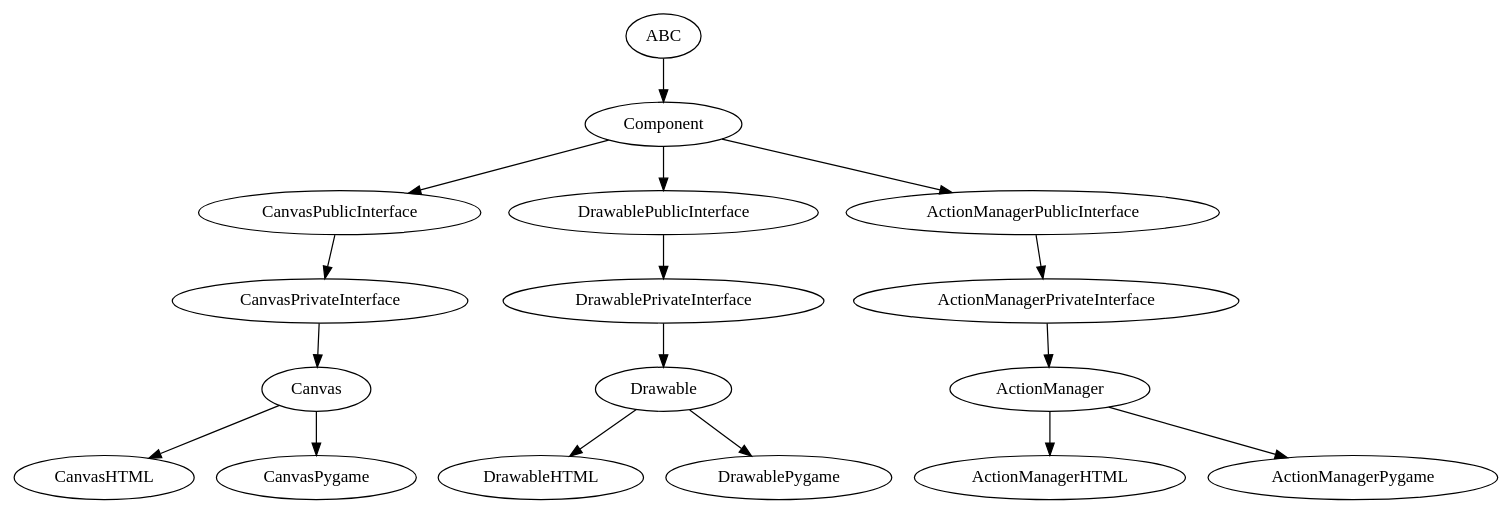
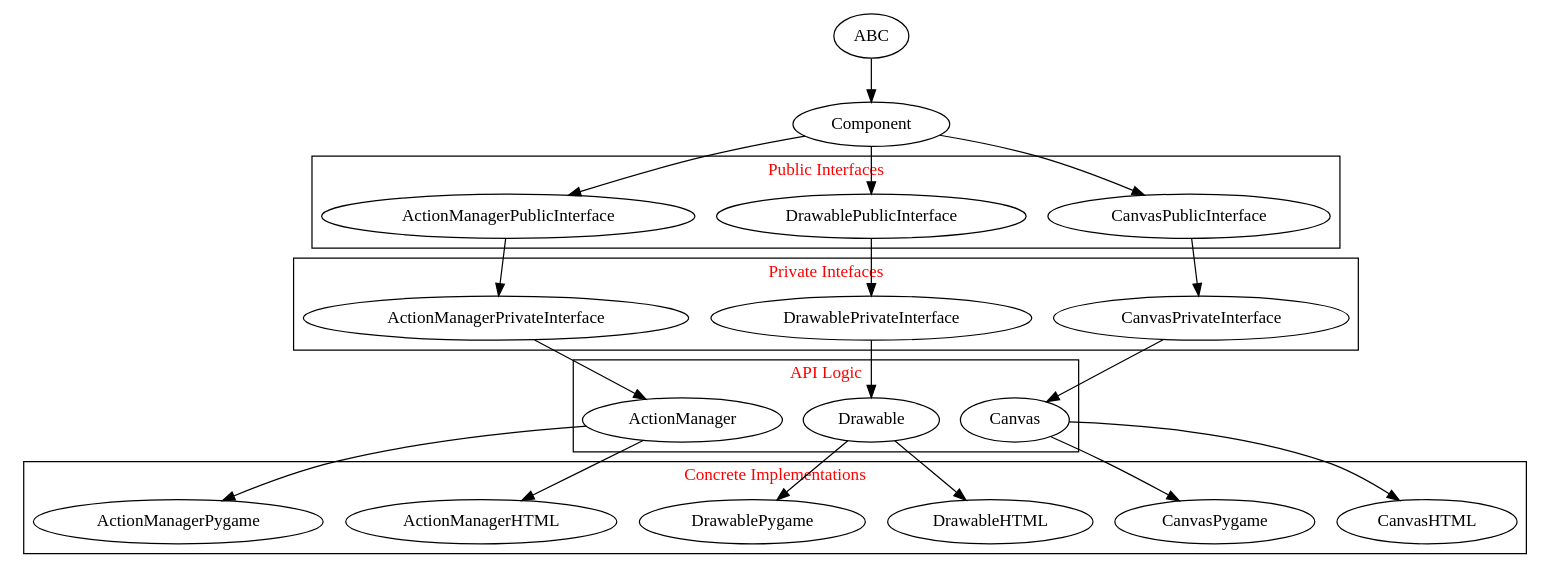
One commit to EltayebAhmed/pyCollage changed the diagram in docs/class_flow_chart.dot. Above: the diagram before and after it, drawn with Graphviz.

Commit message:
added code layout description

```diff
--- a/docs/class_flow_chart.dot
+++ b/docs/class_flow_chart.dot
@@ -1,22 +1,56 @@
 digraph {
     ABC -> Component
+
+    subgraph cluster_l1 {
+        fontcolor=red;
+        label = "Public Interfaces";
+        CanvasPublicInterface
+        DrawablePublicInterface
+        ActionManagerPublicInterface
+    }
+
     Component -> CanvasPublicInterface
     Component -> DrawablePublicInterface
     Component -> ActionManagerPublicInterface
 
+    subgraph cluster_l2 {
+        fontcolor=red;
+        label =  "Private Intefaces";
+        CanvasPrivateInterface
+        DrawablePrivateInterface
+        ActionManagerPrivateInterface
+    }
     CanvasPublicInterface -> CanvasPrivateInterface
     DrawablePublicInterface -> DrawablePrivateInterface
     ActionManagerPublicInterface -> ActionManagerPrivateInterface
+
+    subgraph cluster_l3{
+        fontcolor=red;
+        label="API Logic";
+        Canvas
+        Drawable
+        ActionManager
+    }
 
     CanvasPrivateInterface -> Canvas
     DrawablePrivateInterface -> Drawable
     ActionManagerPrivateInterface -> ActionManager
 
+     subgraph cluster_l4{
+        fontcolor=red;
+        label = "Concrete Implementations";
+        CanvasHTML
+        CanvasPygame
+        DrawableHTML
+        DrawablePygame
+        ActionManagerHTML
+        ActionManagerPygame
+    }
     Canvas -> CanvasHTML
     Canvas -> CanvasPygame
     Drawable -> DrawableHTML
     Drawable -> DrawablePygame
     ActionManager -> ActionManagerHTML
     ActionManager-> ActionManagerPygame
 
 }
```
